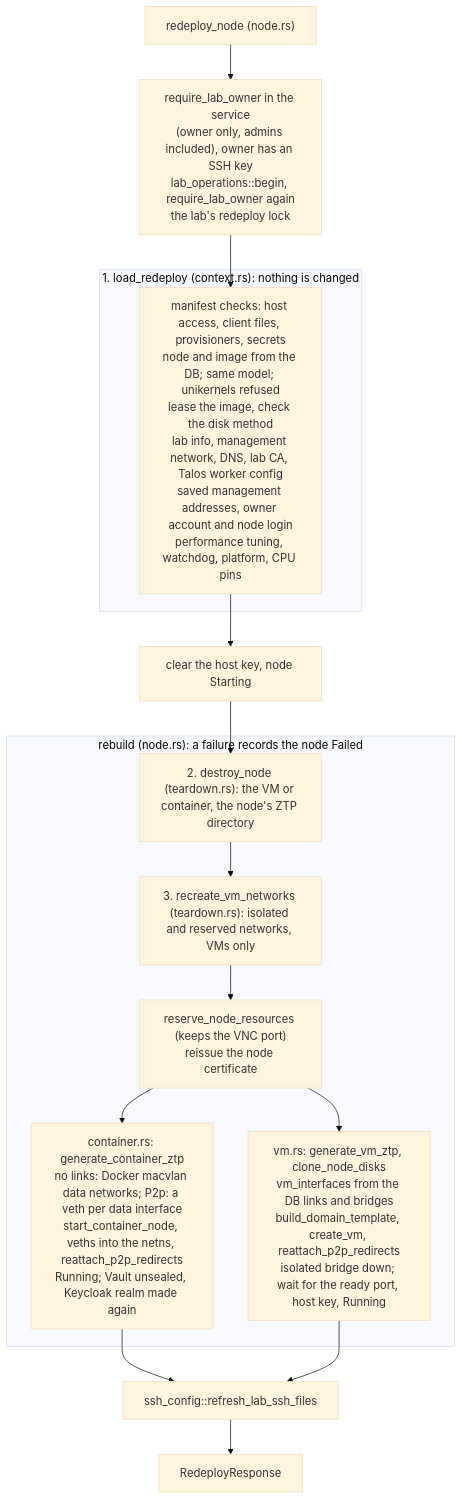
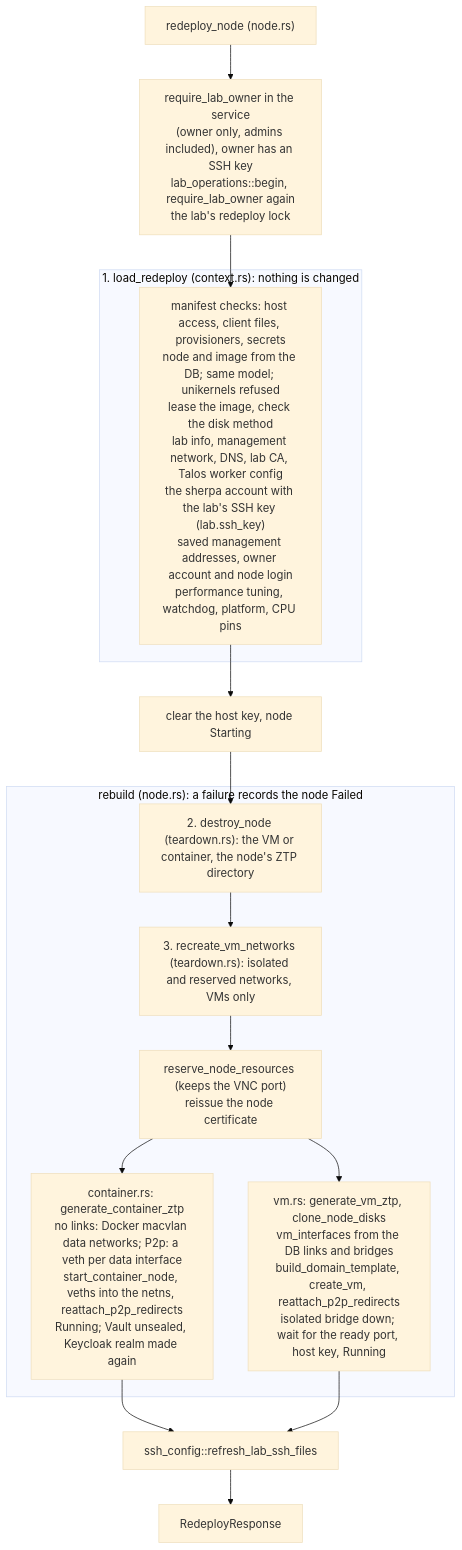
Before and after one commit to bwks/sherpa: diagram 16 of 26 in docs/architecture/SERVER.md, drawn with Mermaid (base theme). The commit also changed other lines of this file and 45 other files, not shown here.

First line of the commit message:
feat(server): per-lab SSH keys instead of the shared server key

````diff
--- a/docs/architecture/SERVER.md
+++ b/docs/architecture/SERVER.md
@@ -716,19 +716,19 @@
 ```mermaid
 flowchart TB
     request["redeploy_node (node.rs)"] --> owner["require_lab_owner in the service<br/>(owner only, admins included), owner has an SSH key<br/>lab_operations::begin, require_lab_owner again<br/>the lab's redeploy lock"]
     owner --> load
     subgraph stage1["1. load_redeploy (context.rs): nothing is changed"]
-        load["manifest checks: host access, client files, provisioners, secrets<br/>node and image from the DB; same model; unikernels refused<br/>lease the image, check the disk method<br/>lab info, management network, DNS, lab CA, Talos worker config<br/>saved management addresses, owner account and node login<br/>performance tuning, watchdog, platform, CPU pins"]
+        load["manifest checks: host access, client files, provisioners, secrets<br/>node and image from the DB; same model; unikernels refused<br/>lease the image, check the disk method<br/>lab info, management network, DNS, lab CA, Talos worker config<br/>the sherpa account with the lab's SSH key (lab.ssh_key)<br/>saved management addresses, owner account and node login<br/>performance tuning, watchdog, platform, CPU pins"]
     end
     load --> starting["clear the host key, node Starting"]
     starting --> destroy
     subgraph rebuild["rebuild (node.rs): a failure records the node Failed"]
         destroy["2. destroy_node (teardown.rs): the VM or container, the node's ZTP directory"] --> vmnets["3. recreate_vm_networks (teardown.rs): isolated and reserved networks, VMs only"]
         vmnets --> resources["reserve_node_resources (keeps the VNC port)<br/>reissue the node certificate"]
         resources --> ctr["container.rs: generate_container_ztp<br/>no links: Docker macvlan data networks; P2p: a veth per data interface<br/>start_container_node, veths into the netns, reattach_p2p_redirects<br/>Running; Vault unsealed, Keycloak realm made again"]
         resources --> vm["vm.rs: generate_vm_ztp, clone_node_disks<br/>vm_interfaces from the DB links and bridges<br/>build_domain_template, create_vm, reattach_p2p_redirects<br/>isolated bridge down; wait for the ready port, host key, Running"]
     end
     ctr --> ssh["ssh_config::refresh_lab_ssh_files"]
     vm --> ssh
     ssh --> stream["RedeployResponse"]
 ```
````
